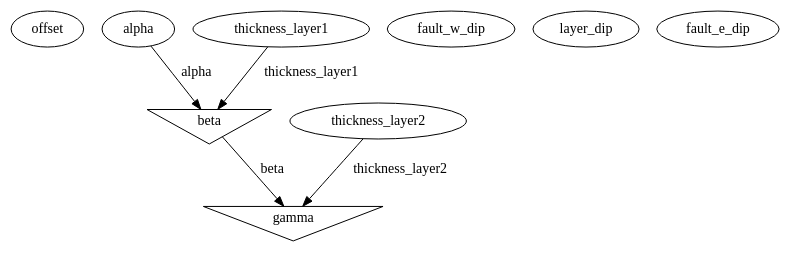
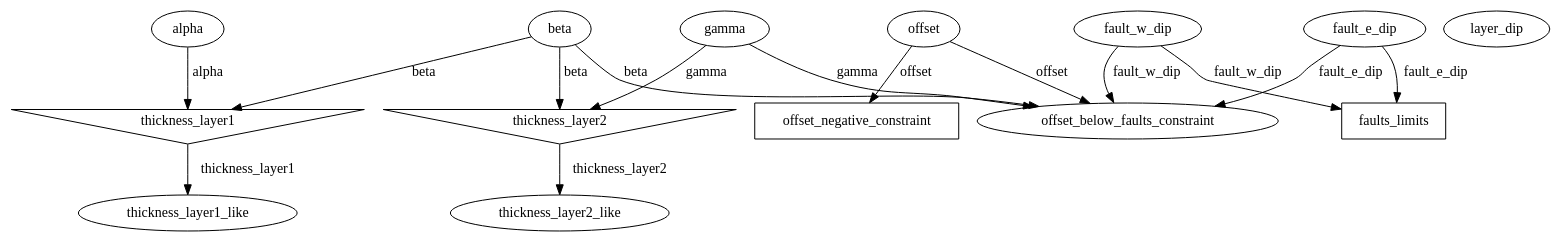
The diagram in Nice notebooks/MCMC.dot (Leguark/Thesis), drawn with Graphviz before and after one commit. The commit also changed 314 other files, not shown here.

```diff
--- a/Nice notebooks/MCMC.dot
+++ b/Nice notebooks/MCMC.dot
@@ -1,15 +1,30 @@
 digraph G {
-offset;
-alpha;
-beta [shape=invtriangle];
-alpha -> beta  [label=alpha];
-thickness_layer1;
-thickness_layer1 -> beta  [label=thickness_layer1];
-gamma [shape=invtriangle];
-beta -> gamma  [label=beta];
-thickness_layer2;
-thickness_layer2 -> gamma  [label=thickness_layer2];
+beta;
 fault_w_dip;
 layer_dip;
+alpha;
+thickness_layer1_like;
+thickness_layer1 [shape=invtriangle];
+thickness_layer1 -> thickness_layer1_like  [label=thickness_layer1];
+alpha -> thickness_layer1  [label=alpha];
+beta -> thickness_layer1  [label=beta];
+thickness_layer2_like;
+thickness_layer2 [shape=invtriangle];
+thickness_layer2 -> thickness_layer2_like  [label=thickness_layer2];
+beta -> thickness_layer2  [label=beta];
+gamma;
+gamma -> thickness_layer2  [label=gamma];
+offset;
+offset_below_faults_constraint;
 fault_e_dip;
+fault_e_dip -> offset_below_faults_constraint  [label=fault_e_dip];
+beta -> offset_below_faults_constraint  [label=beta];
+fault_w_dip -> offset_below_faults_constraint  [label=fault_w_dip];
+gamma -> offset_below_faults_constraint  [label=gamma];
+offset -> offset_below_faults_constraint  [label=offset];
+faults_limits [shape=box];
+fault_e_dip -> faults_limits  [label=fault_e_dip];
+fault_w_dip -> faults_limits  [label=fault_w_dip];
+offset_negative_constraint [shape=box];
+offset -> offset_negative_constraint  [label=offset];
 }
```
